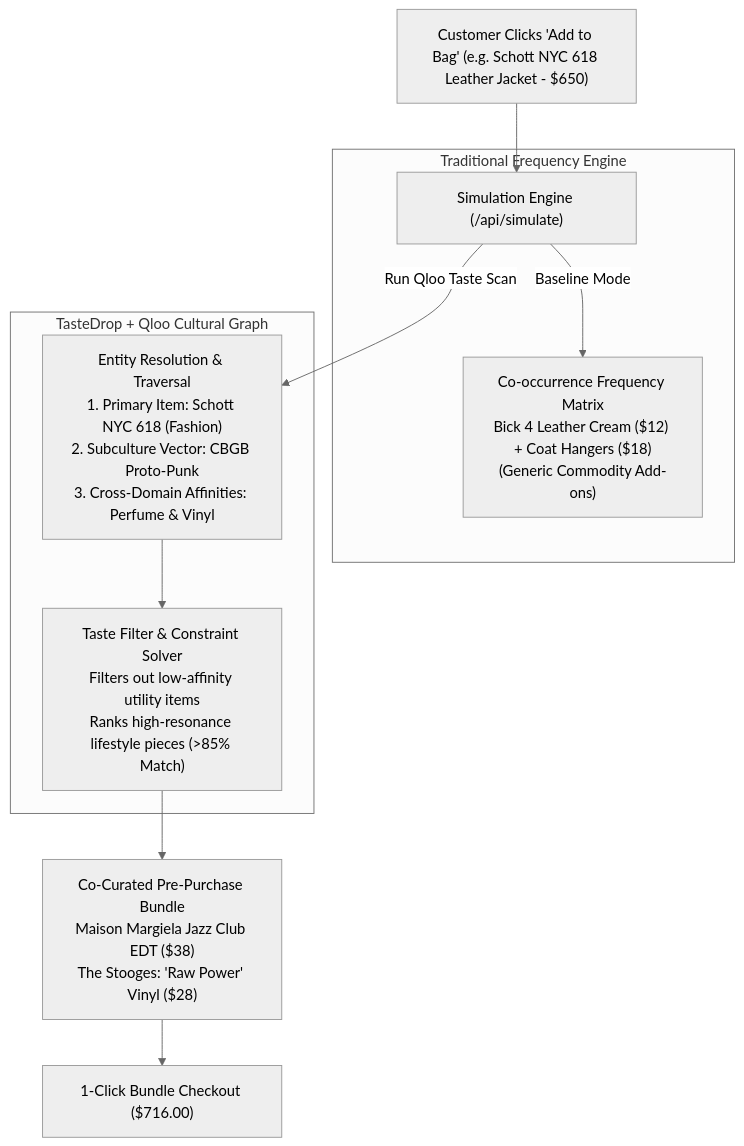
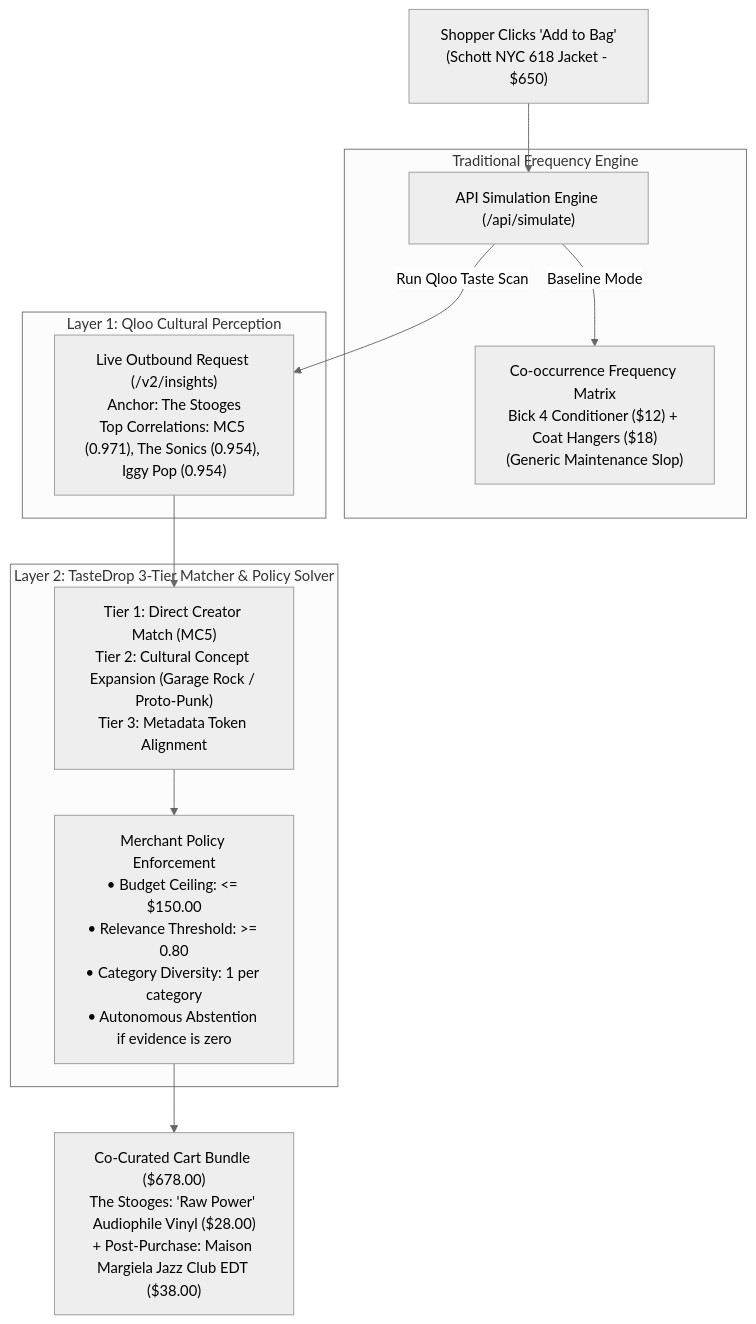
The diagram in README.md (reachmeghanashyam-coder/tastedrop), drawn with Mermaid (neutral theme) before and after one commit. The commit also changed other lines of this file, not shown here.

Commit message:
docs: calibrate README with 3-tier cultural taxonomy, 13 green tests, and honest architecture

````diff
--- a/README.md
+++ b/README.md
@@ -39,16 +34,19 @@
 ```mermaid
 flowchart TD
-    A["Customer Clicks 'Add to Bag' (e.g. Schott NYC 618 Leather Jacket - $650)"] --> B["Simulation Engine (/api/simulate)"]
+    A["Shopper Clicks 'Add to Bag'<br>(Schott NYC 618 Jacket - $650)"] --> B["API Simulation Engine (/api/simulate)"]
     
     subgraph Traditional [Traditional Frequency Engine]
-        B -->|"Baseline Mode"| C["Co-occurrence Frequency Matrix<br>Bick 4 Leather Cream ($12) + Coat Hangers ($18)<br>(Generic Commodity Add-ons)"]
+        B -->|"Baseline Mode"| C["Co-occurrence Frequency Matrix<br>Bick 4 Conditioner ($12) + Coat Hangers ($18)<br>(Generic Maintenance Slop)"]
     end
 
-    subgraph QlooIntelligence [TasteDrop + Qloo Cultural Graph]
-        B -->|"Run Qloo Taste Scan"| D["Entity Resolution & Traversal<br>1. Primary Item: Schott NYC 618 (Fashion)<br>2. Subculture Vector: CBGB Proto-Punk<br>3. Cross-Domain Affinities: Perfume & Vinyl"]
-        D --> E["Taste Filter & Constraint Solver<br>Filters out low-affinity utility items<br>Ranks high-resonance lifestyle pieces (>85% Match)"]
+    subgraph QlooIntelligence [Layer 1: Qloo Cultural Perception]
+        B -->|"Run Qloo Taste Scan"| D["Live Outbound Request (/v2/insights)<br>Anchor: The Stooges<br>Top Correlations: MC5 (0.971), The Sonics (0.954), Iggy Pop (0.954)"]
     end
 
-    E --> F["Co-Curated Pre-Purchase Bundle<br>Maison Margiela Jazz Club EDT ($38)<br>The Stooges: 'Raw Power' Vinyl ($28)"]
-    F --> G["1-Click Bundle Checkout ($716.00)"]
+    subgraph TasteDropEngine [Layer 2: TasteDrop 3-Tier Matcher & Policy Solver]
+        D --> E["Tier 1: Direct Creator Match (MC5)<br>Tier 2: Cultural Concept Expansion (Garage Rock / Proto-Punk)<br>Tier 3: Metadata Token Alignment"]
+        E --> F["Merchant Policy Enforcement<br>• Budget Ceiling: <= $150.00<br>• Relevance Threshold: >= 0.80<br>• Category Diversity: 1 per category<br>• Autonomous Abstention if evidence is zero"]
+    end
+
+    F --> G["Co-Curated Cart Bundle ($678.00)<br>The Stooges: 'Raw Power' Audiophile Vinyl ($28.00)<br>+ Post-Purchase: Maison Margiela Jazz Club EDT ($38.00)"]
 ```
````
